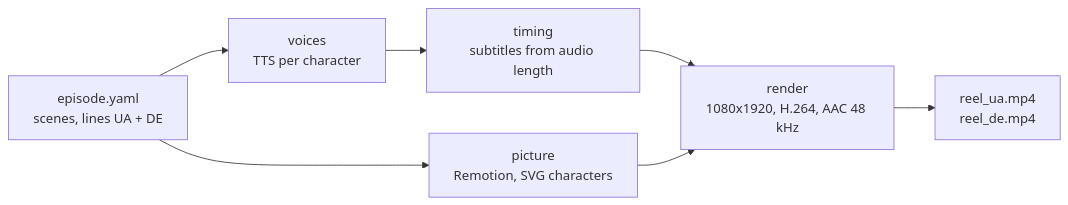
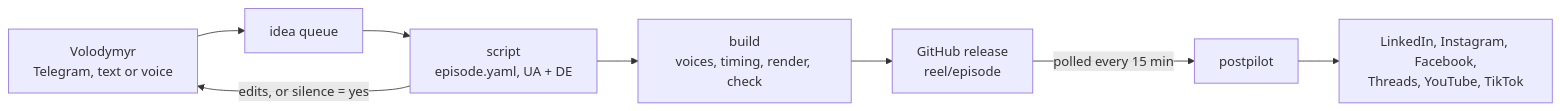
Before and after one commit to schemchuk/beekeeper-ai-integrator: the diagram in README.md, drawn with Mermaid. The commit also changed other lines of this file and 2 other files, not shown here.

Commit message:
docs: README with episodes, factory flow and postpilot contract, plus README.de.md (T36) (#54)

````diff
--- a/README.md
+++ b/README.md
@@ -16,9 +28,10 @@
 ```mermaid
 flowchart LR
-    A[episode.yaml<br/>scenes, lines UA + DE] --> B[voices<br/>TTS per character]
-    B --> C[timing<br/>subtitles from audio length]
-    A --> D[picture<br/>Remotion, SVG characters]
-    C --> E[render<br/>1080x1920, H.264, AAC 48 kHz]
-    D --> E
-    E --> F[reel_ua.mp4<br/>reel_de.mp4]
+    V[Volodymyr<br/>Telegram, text or voice] --> Q[idea queue]
+    Q --> S[script<br/>episode.yaml, UA + DE]
+    S -->|edits, or silence = yes| V
+    S --> B[build<br/>voices, timing, render, check]
+    B --> R[GitHub release<br/>reel/episode]
+    R -->|polled every 15 min| P[postpilot]
+    P --> N[LinkedIn, Instagram, Facebook,<br/>Threads, YouTube, TikTok]
 ```
````
